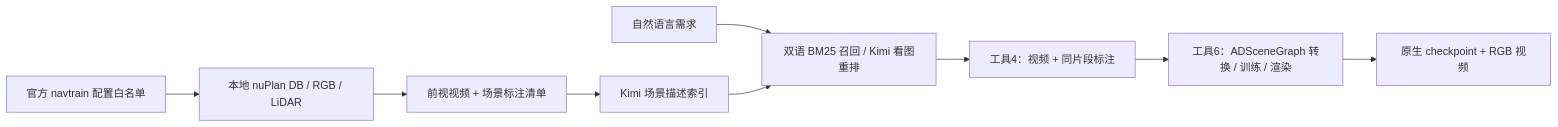
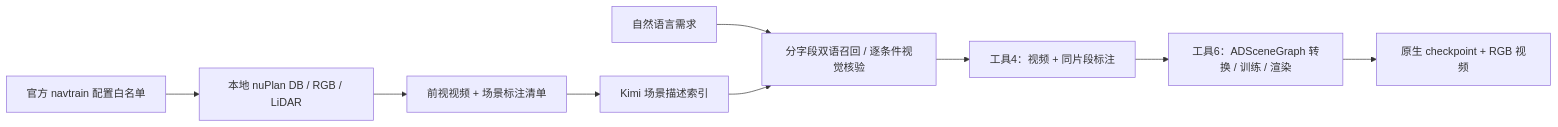
Before and after one commit to 1658821932/adagentv1.0: the diagram in docs/NUPLAN_INTEGRATION.md, drawn with Mermaid. The commit also changed other lines of this file and 8 other files, not shown here.

````diff
--- a/docs/NUPLAN_INTEGRATION.md
+++ b/docs/NUPLAN_INTEGRATION.md
@@ -7,11 +7,11 @@
 ```mermaid
 flowchart LR
   A[官方 navtrain 配置白名单] --> B[本地 nuPlan DB / RGB / LiDAR]
   B --> C[前视视频 + 场景标注清单]
   C --> D[Kimi 场景描述索引]
-  E[自然语言需求] --> F[双语 BM25 召回 / Kimi 看图重排]
+  E[自然语言需求] --> F[分字段双语召回 / 逐条件视觉核验]
   D --> F
   F --> G[工具4：视频 + 同片段标注]
   G --> H[工具6：ADSceneGraph 转换 / 训练 / 渲染]
   H --> I[原生 checkpoint + RGB 视频]
 ```
````
